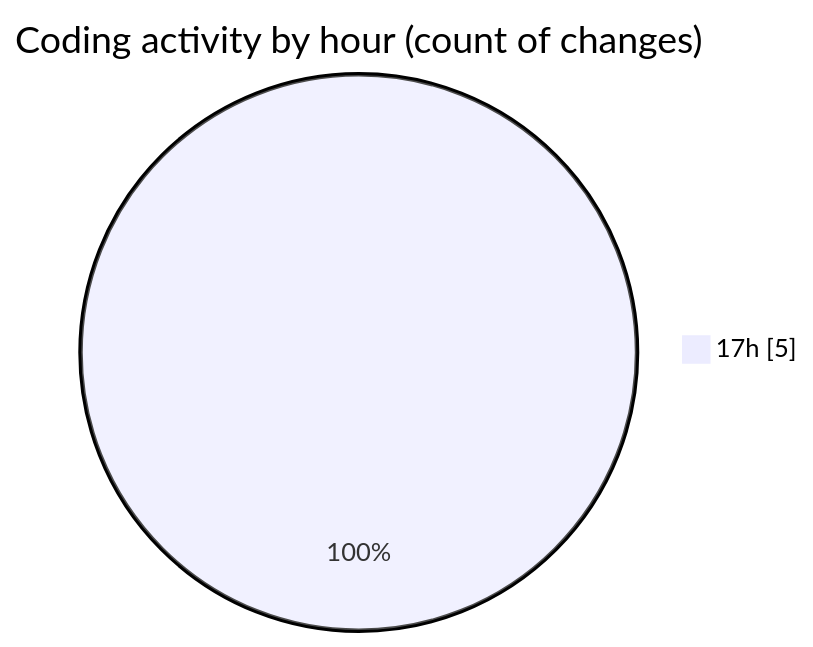
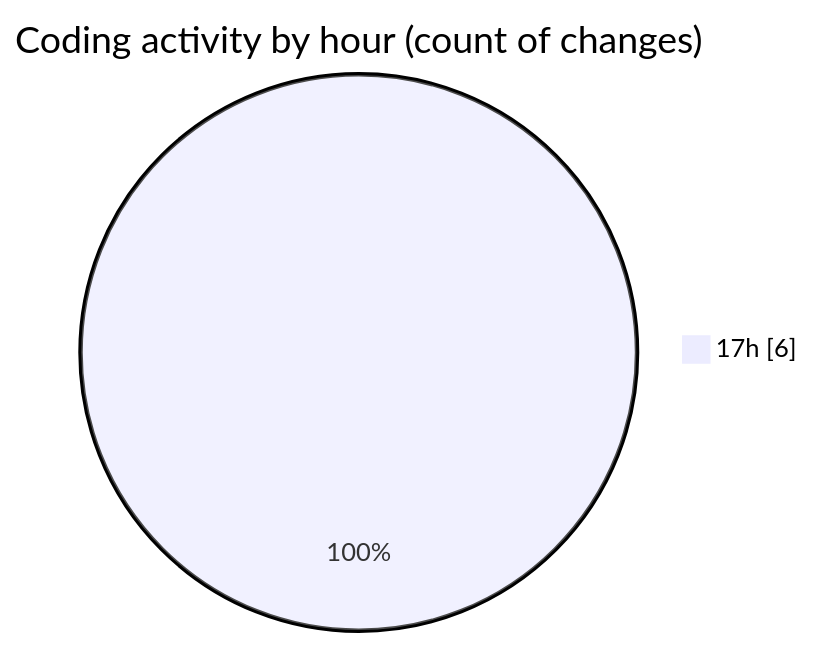
The second of 2 diagrams in 2025-08-07/pif/README.md (NitaiMahat/code-tracking), drawn with Mermaid before and after one commit. The commit also changed other lines of this file and 1 other file, not shown here.

````diff
--- a/2025-08-07/pif/README.md
+++ b/2025-08-07/pif/README.md
@@ -28,5 +29,5 @@
 ```mermaid
 pie showData
 title Coding activity by hour (count of changes)
-"17h" : 5
+"17h" : 6
 ```
````
